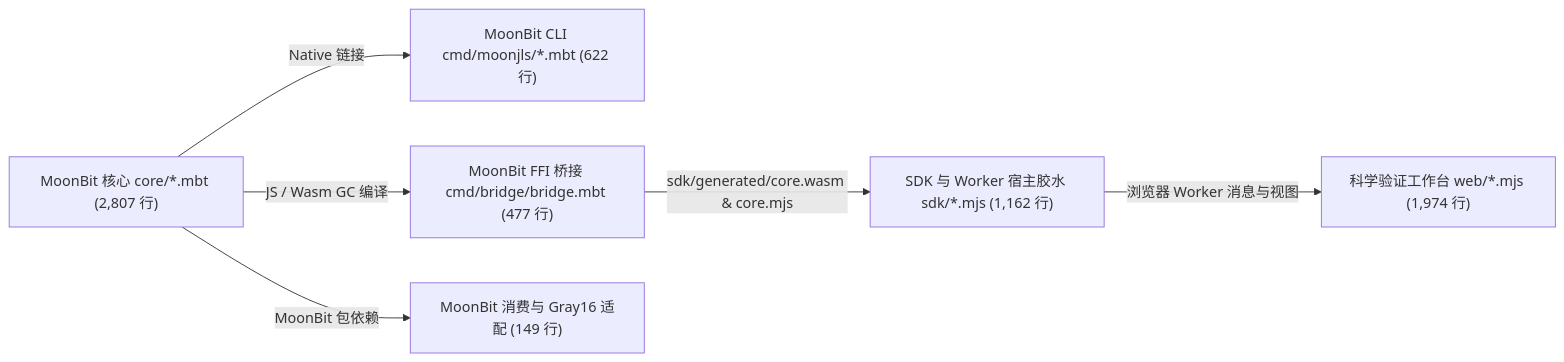
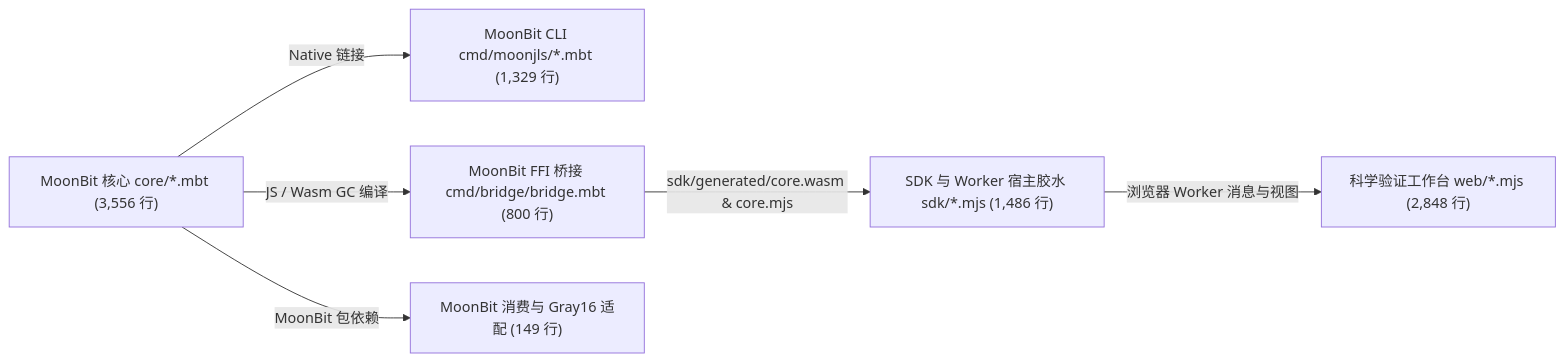
One commit to ZSY2221/moon_jpegls changed the diagram in docs/MOONBIT_IMPLEMENTATION_MAP.md. Above: the diagram before and after it, drawn with Mermaid. The commit also changed other lines of this file and 42 other files, not shown here.

Commit message:
docs(m3-a): sync T.87 roadmap, 6/12 Annex E receipts, and fix interop/style

````diff
--- a/docs/MOONBIT_IMPLEMENTATION_MAP.md
+++ b/docs/MOONBIT_IMPLEMENTATION_MAP.md
@@ -11,8 +11,8 @@
 ```mermaid
 flowchart LR
-  Core["MoonBit 核心 core/*.mbt (2,807 行)"] -->|"Native 链接"| NativeCLI["MoonBit CLI cmd/moonjls/*.mbt (622 行)"]
-  Core -->|"JS / Wasm GC 编译"| Bridge["MoonBit FFI 桥接 cmd/bridge/bridge.mbt (477 行)"]
+  Core["MoonBit 核心 core/*.mbt (3,556 行)"] -->|"Native 链接"| NativeCLI["MoonBit CLI cmd/moonjls/*.mbt (1,329 行)"]
+  Core -->|"JS / Wasm GC 编译"| Bridge["MoonBit FFI 桥接 cmd/bridge/bridge.mbt (800 行)"]
   Core -->|"MoonBit 包依赖"| Consumer["MoonBit 消费与 Gray16 适配 (149 行)"]
-  Bridge -->|"sdk/generated/core.wasm & core.mjs"| SDK["SDK 与 Worker 宿主胶水 sdk/*.mjs (1,162 行)"]
-  SDK -->|"浏览器 Worker 消息与视图"| WebUI["科学验证工作台 web/*.mjs (1,974 行)"]
+  Bridge -->|"sdk/generated/core.wasm & core.mjs"| SDK["SDK 与 Worker 宿主胶水 sdk/*.mjs (1,486 行)"]
+  SDK -->|"浏览器 Worker 消息与视图"| WebUI["科学验证工作台 web/*.mjs (2,848 行)"]
 ```
````
